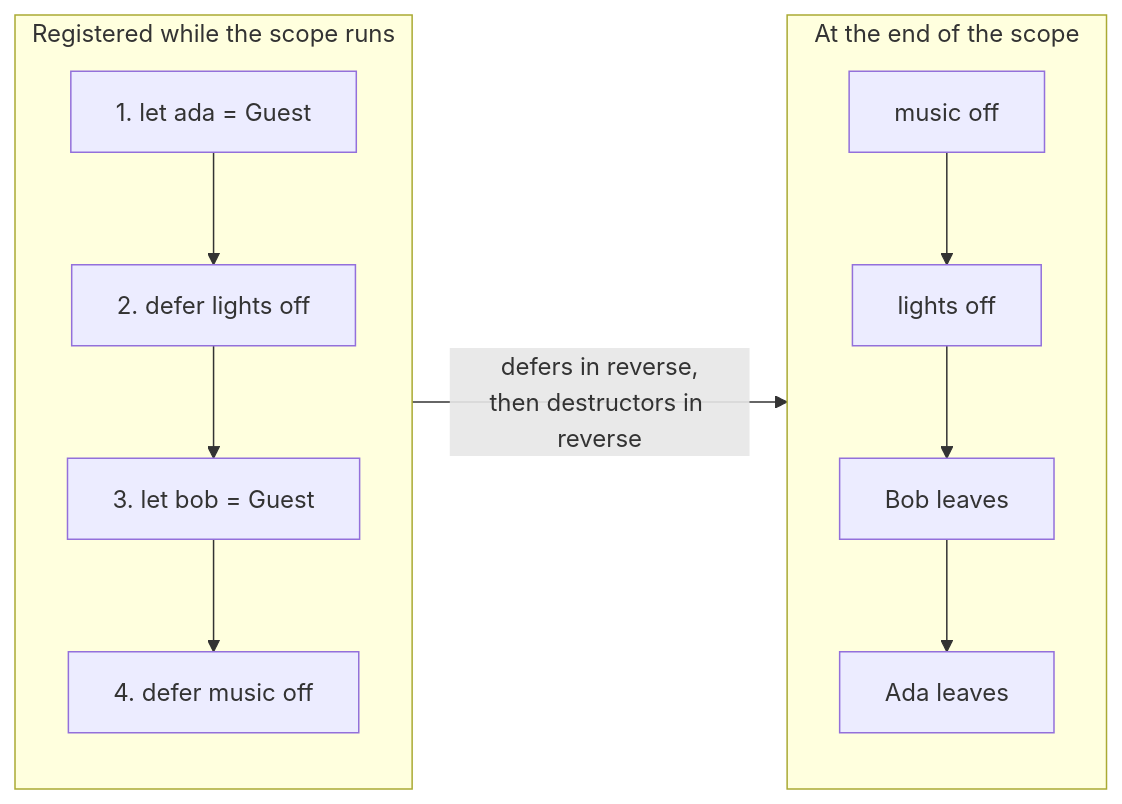
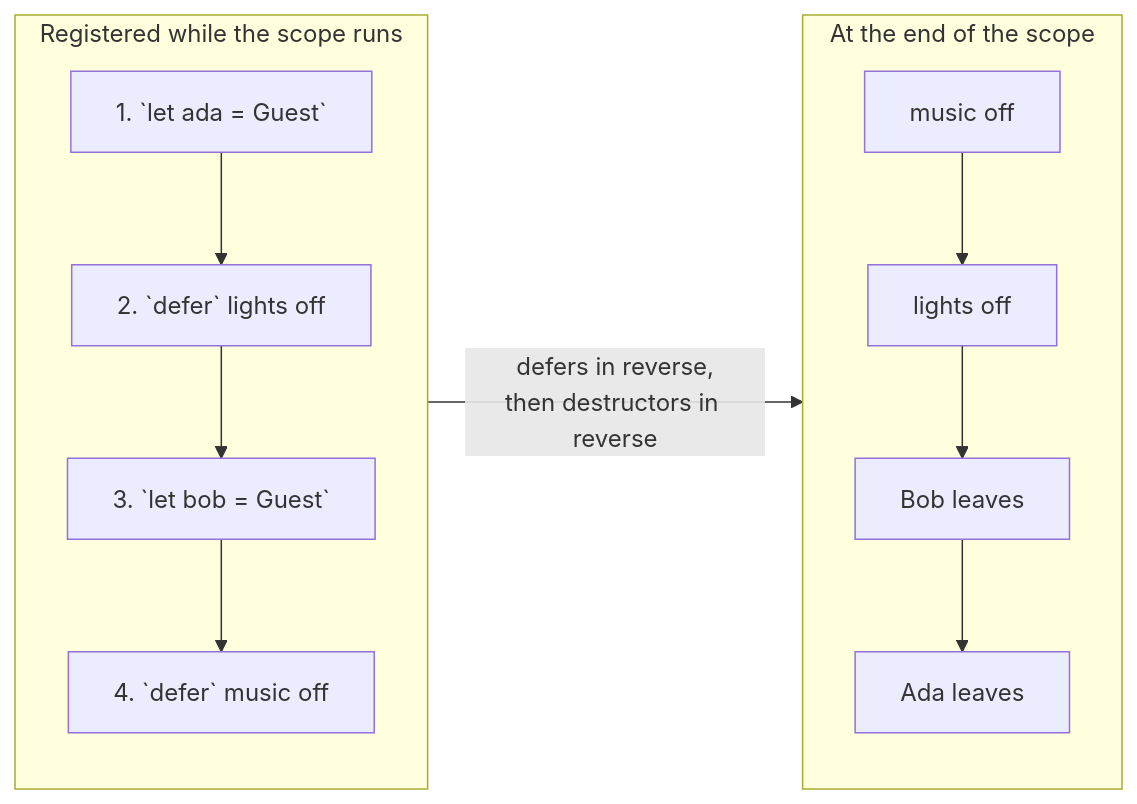
One commit to rux-lang/Web changed the diagram in content/docs/1.learn/11.ownership/08.defer.md. Above: the diagram before and after it, drawn with Mermaid. The commit also changed 187 other files, not shown here.

First line of the commit message:
Draw the Learn diagrams for phones, with code in the mono face

````diff
--- a/content/docs/1.learn/11.ownership/08.defer.md
+++ b/content/docs/1.learn/11.ownership/08.defer.md
@@ -92,16 +92,16 @@
 ```mermaid
 flowchart LR
     subgraph reg["Registered while the scope runs"]
         direction TB
-        r1["1. let ada = Guest"] --> r2["2. defer lights off"]
-        r2 --> r3["3. let bob = Guest"]
-        r3 --> r4["4. defer music off"]
+        r1["1. `let ada = Guest`"] --> r2["2. `defer` lights off"]
+        r2 --> r3["3. `let bob = Guest`"]
+        r3 --> r4["4. `defer` music off"]
     end
     subgraph run["At the end of the scope"]
         direction TB
         e1["music off"] --> e2["lights off"]
         e2 --> e3["Bob leaves"]
         e3 --> e4["Ada leaves"]
     end
     reg -- "defers in reverse,<br/>then destructors in reverse" --> run
 ```
````
